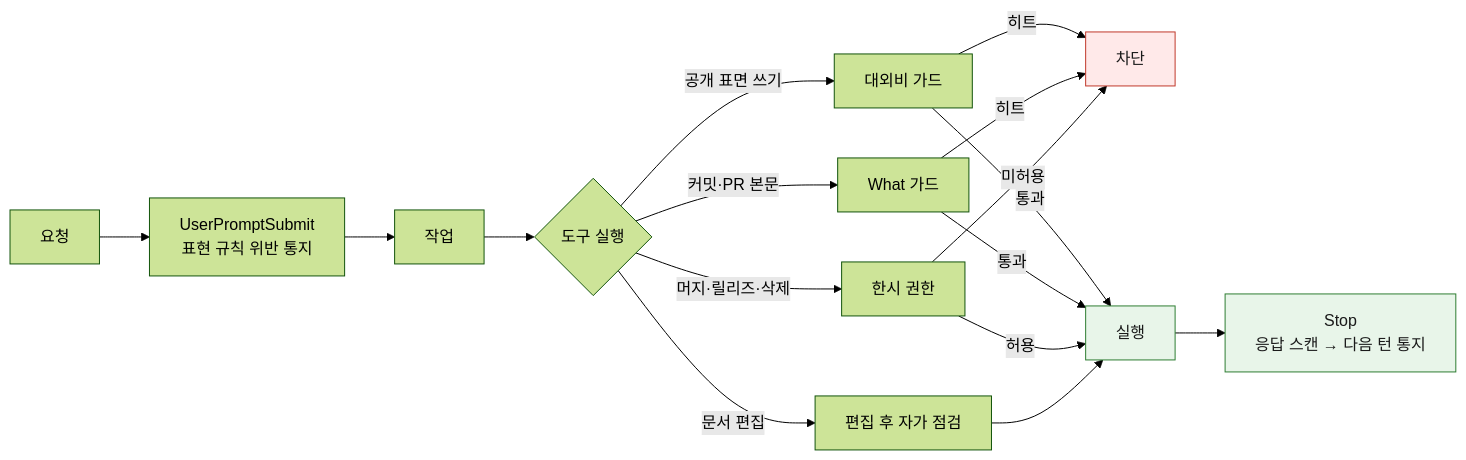
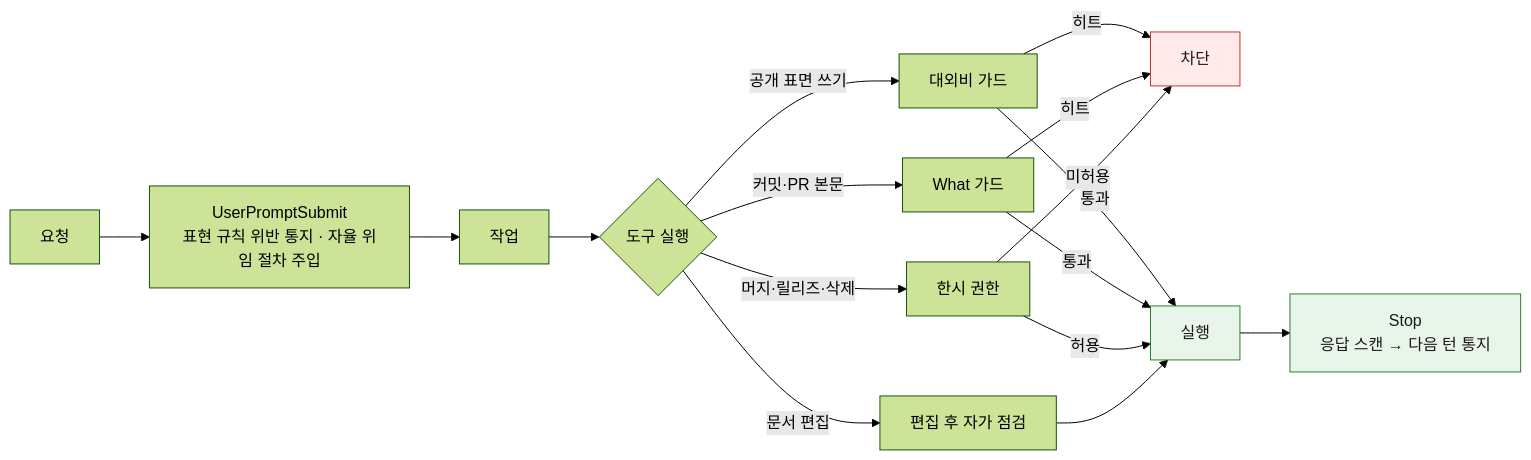
One commit to idean3885/claude-ops-agent changed the diagram in docs/usage.md. Above: the diagram before and after it, drawn with Mermaid (forest theme). The commit also changed other lines of this file and 3 other files, not shown here.

````diff
--- a/docs/usage.md
+++ b/docs/usage.md
@@ -51,23 +52,23 @@
 ```mermaid
 flowchart LR
-  U["요청"] --> P["UserPromptSubmit<br/>표현 규칙 위반 통지"]
+  U["요청"] --> P["UserPromptSubmit<br/>표현 규칙 위반 통지 · 자율 위임 절차 주입"]
   P --> W["작업"]
   W --> T{"도구 실행"}
   T -->|"공개 표면 쓰기"| C["대외비 가드"]
   T -->|"커밋·PR 본문"| H["What 가드"]
   T -->|"머지·릴리즈·삭제"| A["한시 권한"]
   T -->|"문서 편집"| E["편집 후 자가 점검"]
   C -->|히트| X["차단"]
   H -->|히트| X
   A -->|미허용| X
   C -->|통과| OK["실행"]
   H -->|통과| OK
   A -->|허용| OK
   E --> OK
   OK --> S["Stop<br/>응답 스캔 → 다음 턴 통지"]
 
   classDef block fill:#ffe9e9,stroke:#c0392b,color:#1a1a1a
   classDef pass fill:#e8f5e9,stroke:#2e7d32,color:#1a1a1a
   class X block
   class OK,S pass
 ```
````
